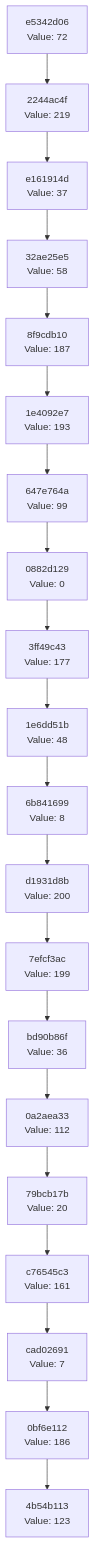
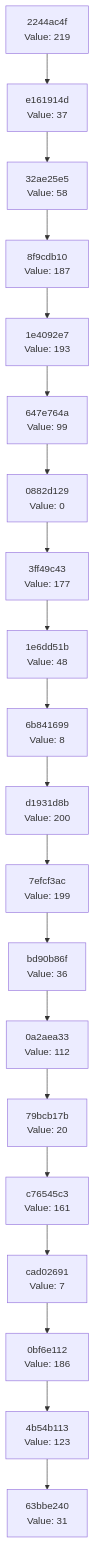
One commit to Abhisheksinha1506/hash-chain-evolver changed the diagram in docs/CHAIN_VISUALIZATION.md. Above: the diagram before and after it, drawn with Mermaid. The commit also changed 2 other files, not shown here.

Commit message:
Evolution Step

````diff
--- a/docs/CHAIN_VISUALIZATION.md
+++ b/docs/CHAIN_VISUALIZATION.md
@@ -3,42 +3,42 @@
 ```mermaid
 graph TD
-    C0["4b54b113<br/>Value: 123"]
-    C1["0bf6e112<br/>Value: 186"]
+    C0["63bbe240<br/>Value: 31"]
+    C1["4b54b113<br/>Value: 123"]
     C1 --> C0
-    C2["cad02691<br/>Value: 7"]
+    C2["0bf6e112<br/>Value: 186"]
     C2 --> C1
-    C3["c76545c3<br/>Value: 161"]
+    C3["cad02691<br/>Value: 7"]
     C3 --> C2
-    C4["79bcb17b<br/>Value: 20"]
+    C4["c76545c3<br/>Value: 161"]
     C4 --> C3
-    C5["0a2aea33<br/>Value: 112"]
+    C5["79bcb17b<br/>Value: 20"]
     C5 --> C4
-    C6["bd90b86f<br/>Value: 36"]
+    C6["0a2aea33<br/>Value: 112"]
     C6 --> C5
-    C7["7efcf3ac<br/>Value: 199"]
+    C7["bd90b86f<br/>Value: 36"]
     C7 --> C6
-    C8["d1931d8b<br/>Value: 200"]
+    C8["7efcf3ac<br/>Value: 199"]
     C8 --> C7
-    C9["6b841699<br/>Value: 8"]
+    C9["d1931d8b<br/>Value: 200"]
     C9 --> C8
-    C10["1e6dd51b<br/>Value: 48"]
+    C10["6b841699<br/>Value: 8"]
     C10 --> C9
-    C11["3ff49c43<br/>Value: 177"]
+    C11["1e6dd51b<br/>Value: 48"]
     C11 --> C10
-    C12["0882d129<br/>Value: 0"]
+    C12["3ff49c43<br/>Value: 177"]
     C12 --> C11
-    C13["647e764a<br/>Value: 99"]
+    C13["0882d129<br/>Value: 0"]
     C13 --> C12
-    C14["1e4092e7<br/>Value: 193"]
+    C14["647e764a<br/>Value: 99"]
     C14 --> C13
-    C15["8f9cdb10<br/>Value: 187"]
+    C15["1e4092e7<br/>Value: 193"]
     C15 --> C14
-    C16["32ae25e5<br/>Value: 58"]
+    C16["8f9cdb10<br/>Value: 187"]
     C16 --> C15
-    C17["e161914d<br/>Value: 37"]
+    C17["32ae25e5<br/>Value: 58"]
     C17 --> C16
-    C18["2244ac4f<br/>Value: 219"]
+    C18["e161914d<br/>Value: 37"]
     C18 --> C17
-    C19["e5342d06<br/>Value: 72"]
+    C19["2244ac4f<br/>Value: 219"]
     C19 --> C18
 ```
````
